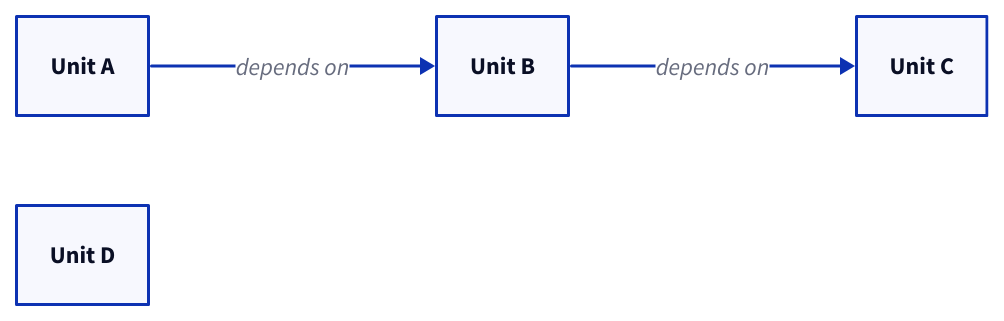
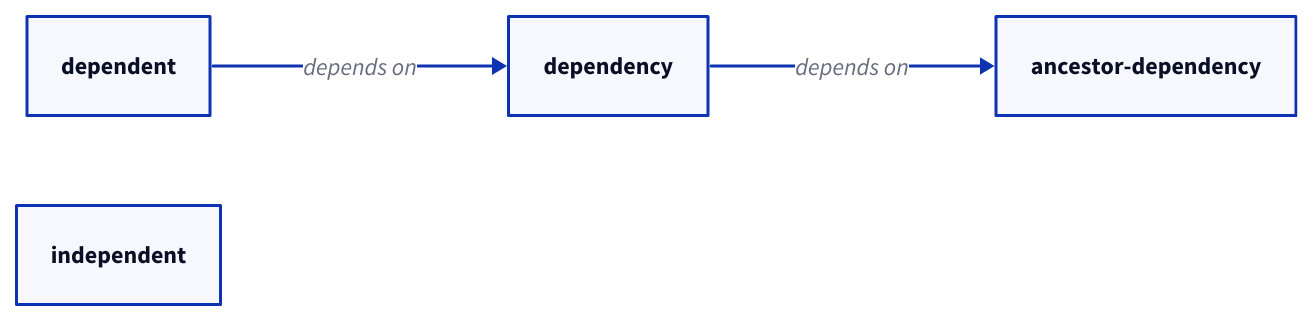
Before and after one commit to gruntwork-io/terragrunt: the diagram in docs-starlight/src/content/docs/02-features/05-run-queue.mdx, drawn with D2. The commit also changed other lines of this file and 1 other file, not shown here.

````diff
--- a/docs-starlight/src/content/docs/02-features/05-run-queue.mdx
+++ b/docs-starlight/src/content/docs/02-features/05-run-queue.mdx
@@ -29,24 +49,24 @@
 ```d2
 direction: right
 
 # Define the nodes
-A: Unit A {
+dependent: dependent {
   shape: rectangle
 }
 
-B: Unit B {
+dependency: dependency {
   shape: rectangle
 }
 
-C: Unit C {
+ancestor-dependency: ancestor-dependency {
   shape: rectangle
 }
 
-D: Unit D {
+independent: independent {
   shape: rectangle
 }
 
 # Define the connections
-A -> B: depends on
-B -> C: depends on
+dependent -> dependency: depends on
+dependency -> ancestor-dependency: depends on
 ```
````
